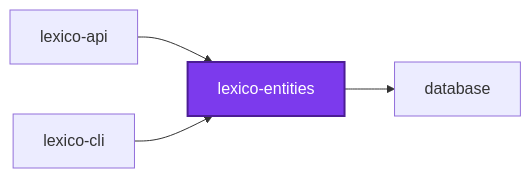
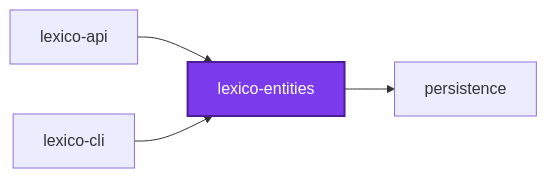
Before and after one commit to organizzolini/codebase: the first of 3 diagrams in projects/lexico/lexico-entities/README.md, drawn with Mermaid. The commit also changed other lines of this file and 69 other files, not shown here.

````diff
--- a/projects/lexico/lexico-entities/README.md
+++ b/projects/lexico/lexico-entities/README.md
@@ -269,12 +269,12 @@
 ```mermaid
 graph LR
-  database["database"]
   lexico_api["lexico-api"]
   lexico_cli["lexico-cli"]
   lexico_entities["lexico-entities"]
+  persistence["persistence"]
   lexico_api --> lexico_entities
   lexico_cli --> lexico_entities
-  lexico_entities --> database
+  lexico_entities --> persistence
   classDef subject fill:#7c3aed,color:#fff,stroke:#4c1d95,stroke-width:2px
   class lexico_entities subject
 ```
````
